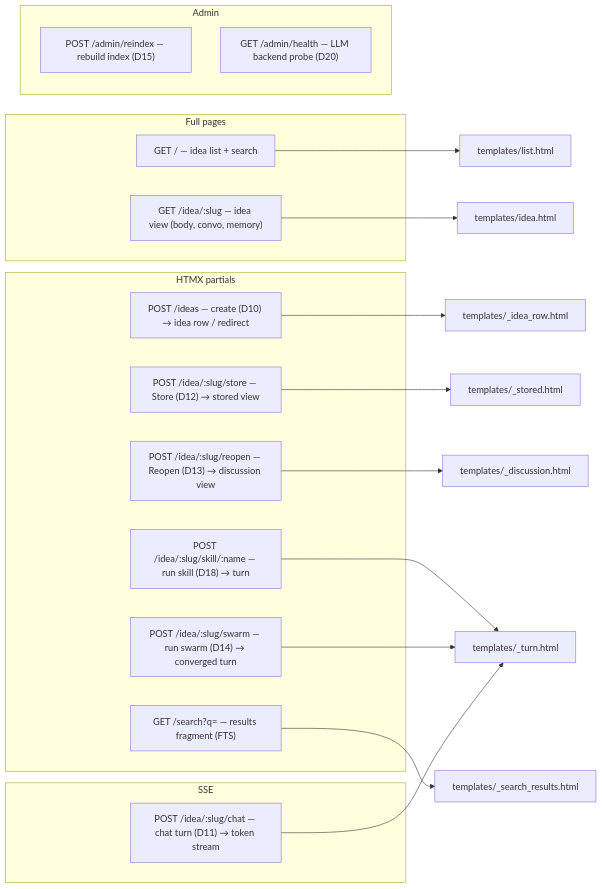
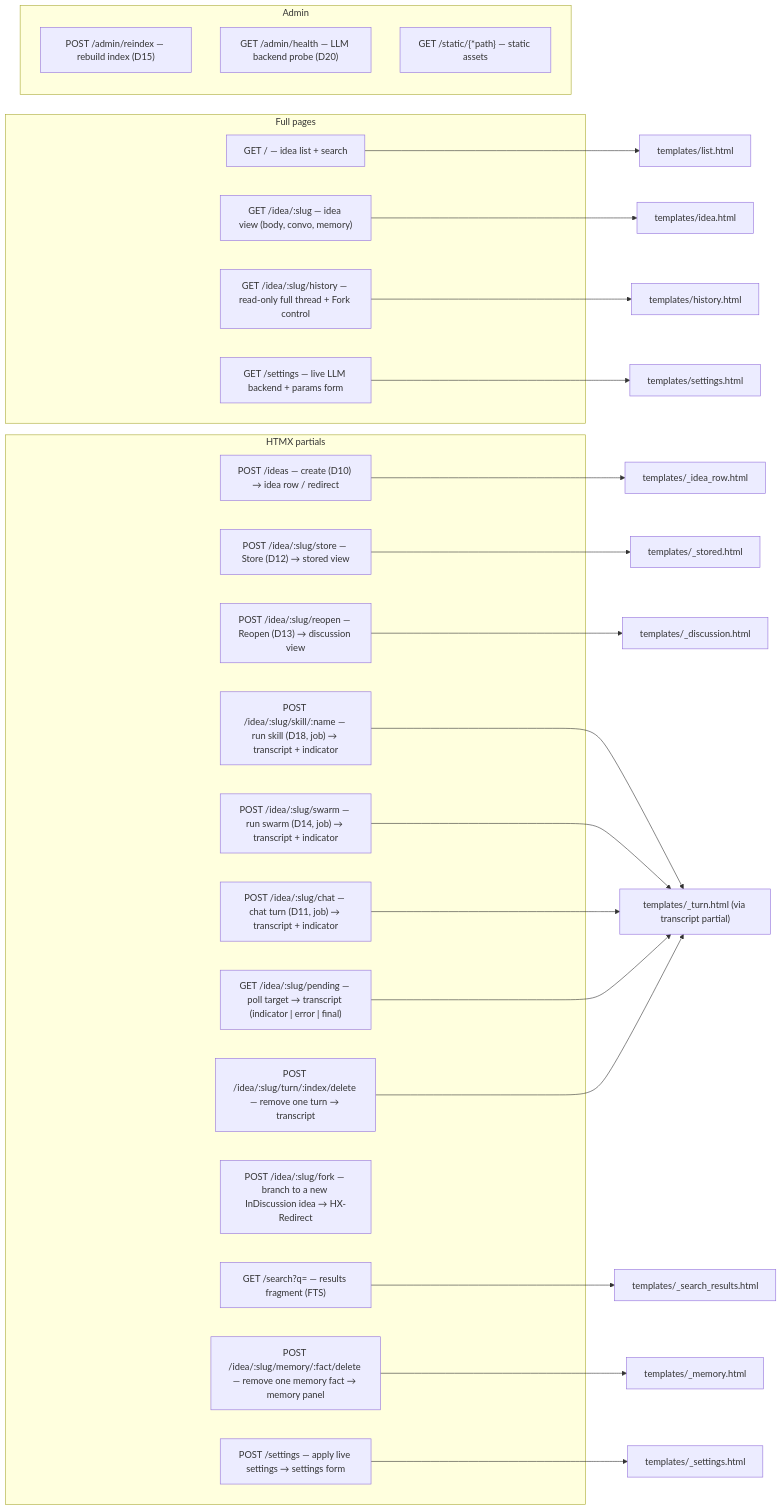
One commit to jasdian/idea-vault changed the first of 2 diagrams in docs/09-web-ui.md. Above: the diagram before and after it, drawn with Mermaid. The commit also changed other lines of this file and 19 other files, not shown here.

````diff
--- a/docs/09-web-ui.md
+++ b/docs/09-web-ui.md
@@ -20,32 +28,44 @@
 ```mermaid
 flowchart LR
     subgraph pages["Full pages"]
         R1["GET / — idea list + search"]
         R2["GET /idea/:slug — idea view (body, convo, memory)"]
+        R12["GET /idea/:slug/history — read-only full thread + Fork control"]
+        R13["GET /settings — live LLM backend + params form"]
     end
     subgraph partials["HTMX partials"]
         R3["POST /ideas — create (D10) → idea row / redirect"]
         R4["POST /idea/:slug/store — Store (D12) → stored view"]
         R5["POST /idea/:slug/reopen — Reopen (D13) → discussion view"]
-        R6["POST /idea/:slug/skill/:name — run skill (D18) → turn"]
-        R7["POST /idea/:slug/swarm — run swarm (D14) → converged turn"]
+        R6["POST /idea/:slug/skill/:name — run skill (D18, job) → transcript + indicator"]
+        R7["POST /idea/:slug/swarm — run swarm (D14, job) → transcript + indicator"]
         R8["GET /search?q= — results fragment (FTS)"]
-    end
-    subgraph streams["SSE"]
-        R9["POST /idea/:slug/chat — chat turn (D11) → token stream"]
+        R9["POST /idea/:slug/chat — chat turn (D11, job) → transcript + indicator"]
+        R9b["GET /idea/:slug/pending — poll target → transcript (indicator | error | final)"]
+        R14["POST /idea/:slug/fork — branch to a new InDiscussion idea → HX-Redirect"]
+        R15["POST /idea/:slug/turn/:index/delete — remove one turn → transcript"]
+        R16["POST /idea/:slug/memory/:fact/delete — remove one memory fact → memory panel"]
+        R13b["POST /settings — apply live settings → settings form"]
     end
     subgraph admin["Admin"]
         R10["POST /admin/reindex — rebuild index (D15)"]
         R11["GET /admin/health — LLM backend probe (D20)"]
+        R17["GET /static/{*path} — static assets"]
     end
 
     R1 --> T_LIST["templates/list.html"]
     R2 --> T_IDEA["templates/idea.html"]
     R3 --> T_ROW["templates/_idea_row.html"]
     R4 --> T_STORED["templates/_stored.html"]
     R5 --> T_DISC["templates/_discussion.html"]
-    R6 --> T_TURN["templates/_turn.html"]
+    R6 --> T_TURN["templates/_turn.html (via transcript partial)"]
     R7 --> T_TURN
     R8 --> T_RESULTS["templates/_search_results.html"]
     R9 --> T_TURN
+    R9b --> T_TURN
+    R12 --> T_HIST["templates/history.html"]
+    R13 --> T_SET["templates/settings.html"]
+    R13b --> T_SETF["templates/_settings.html"]
+    R15 --> T_TURN
+    R16 --> T_MEM["templates/_memory.html"]
 ```
````
